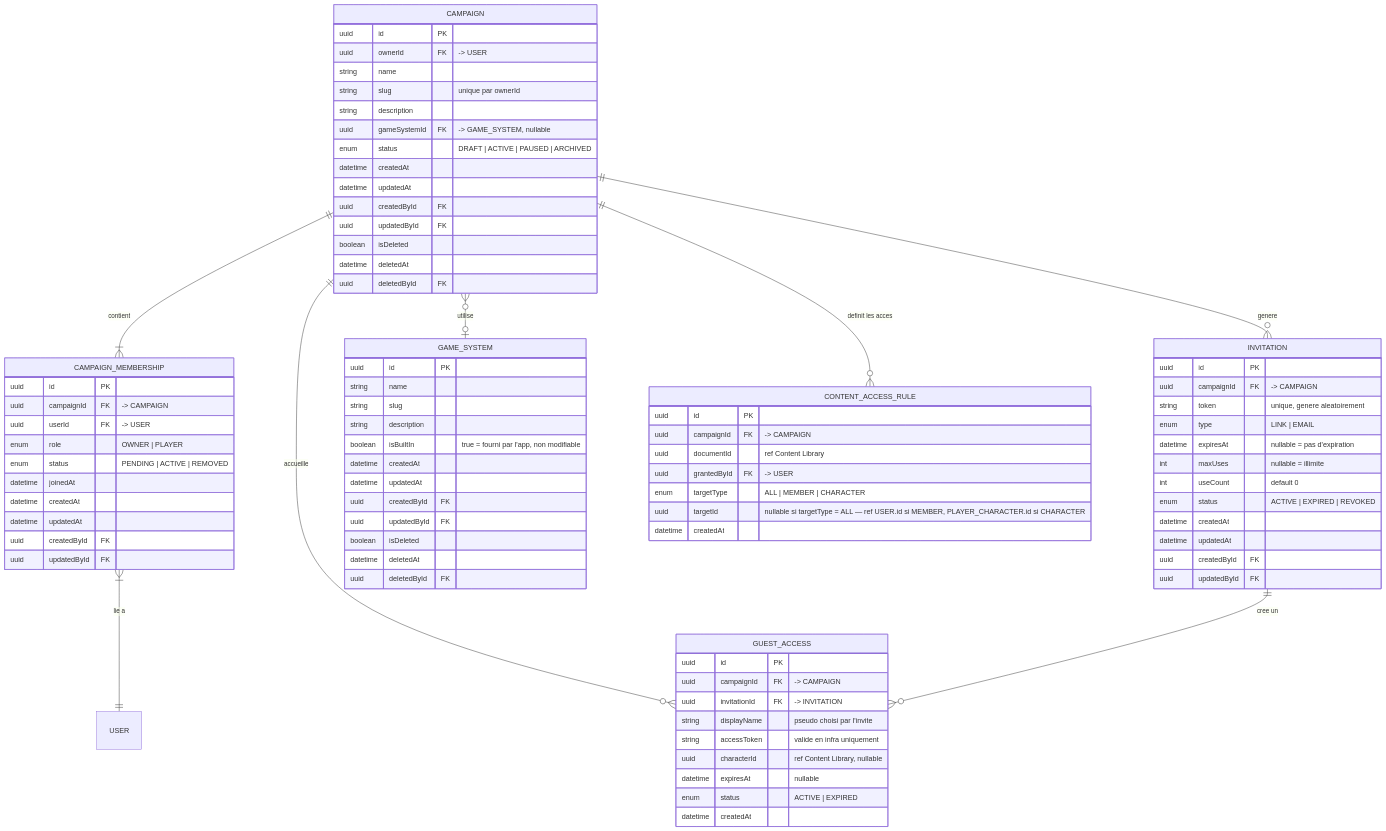
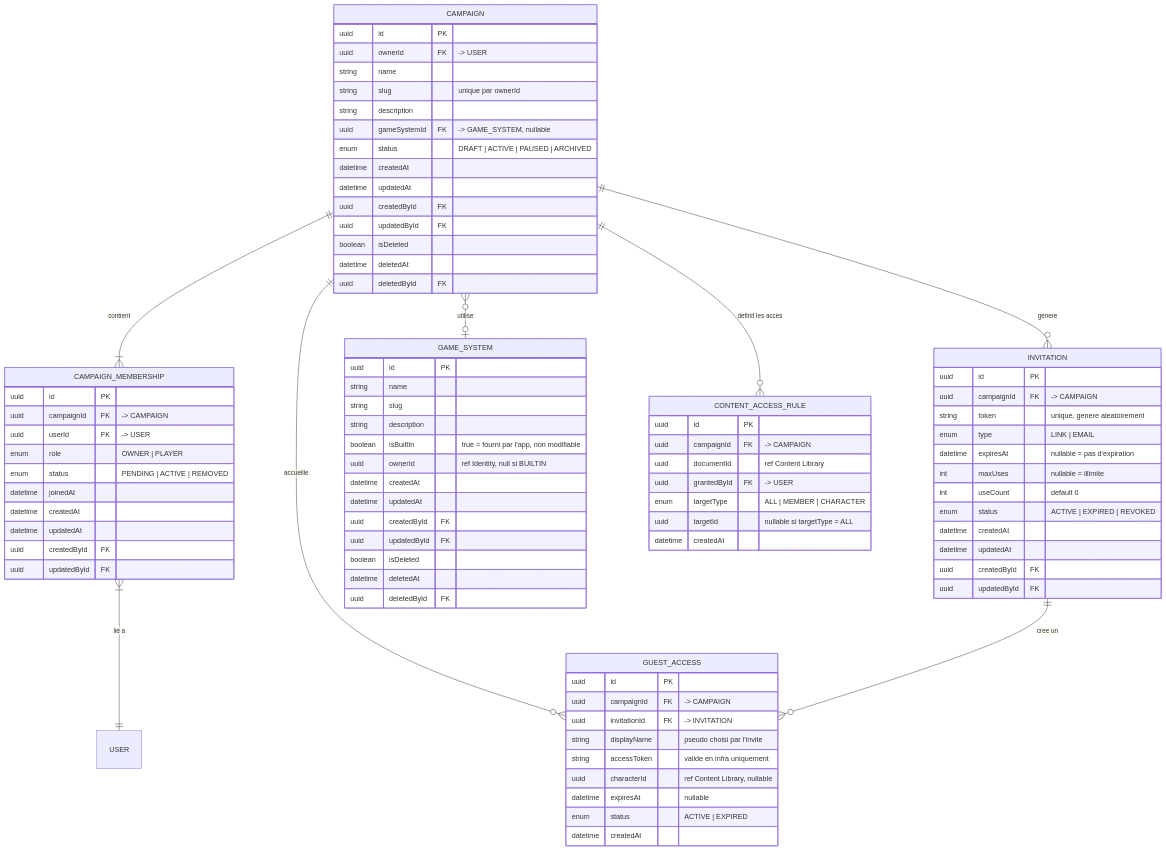
The third of 7 diagrams in docs/conception/MCD.md (2025-10-CDA-ECO-P6/PM-micro-saas), drawn with Mermaid before and after one commit. The commit also changed other lines of this file and 8 other files, not shown here.

Commit message:
docs: complete architectural audit corrections and add missing documentation

```diff
--- a/docs/conception/MCD.md
+++ b/docs/conception/MCD.md
@@ -167,6 +175,7 @@
         string slug
         string description
         boolean isBuiltIn "true = fourni par l'app, non modifiable"
+        uuid ownerId "ref Identity, null si BUILTIN"
         datetime createdAt
         datetime updatedAt
         uuid createdById FK
@@ -181,7 +190,7 @@
         uuid documentId "ref Content Library"
         uuid grantedById FK "-> USER"
         enum targetType "ALL | MEMBER | CHARACTER"
-        uuid targetId "nullable si targetType = ALL — ref USER.id si MEMBER, PLAYER_CHARACTER.id si CHARACTER"
+        uuid targetId "nullable si targetType = ALL"
         datetime createdAt
     }
     CAMPAIGN ||--|{ CAMPAIGN_MEMBERSHIP : "contient"
```
